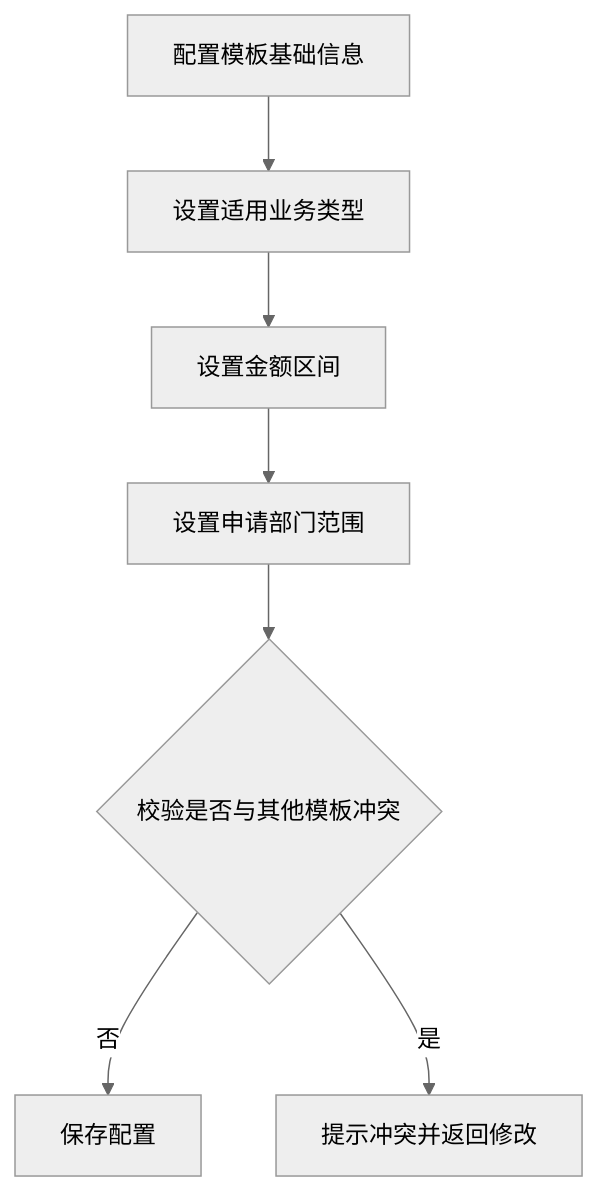
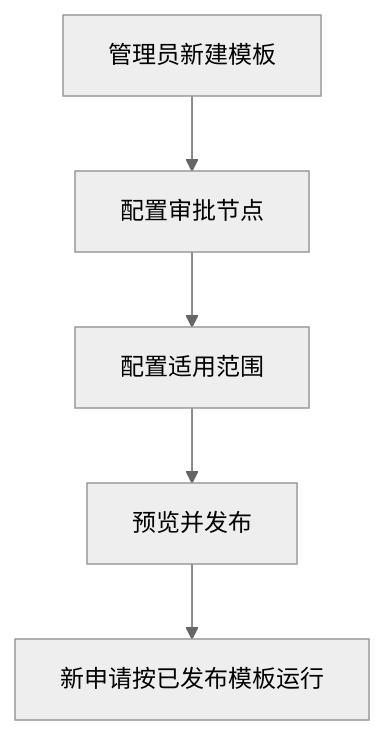
One commit to ZengMC-22381/ToB_PM_Skill changed the second of 2 diagrams in examples/approval-workflow-config-prd.md. Above: the diagram before and after it, drawn with Mermaid (neutral theme). The commit also changed other lines of this file and 8 other files, not shown here.

````diff
--- a/examples/approval-workflow-config-prd.md
+++ b/examples/approval-workflow-config-prd.md
@@ -330,9 +71,7 @@
 ```mermaid
 flowchart TD
-    A[配置模板基础信息] --> B[设置适用业务类型]
-    B --> C[设置金额区间]
-    C --> D[设置申请部门范围]
-    D --> E{校验是否与其他模板冲突}
-    E -- 否 --> F[保存配置]
-    E -- 是 --> G[提示冲突并返回修改]
+    A[管理员新建模板] --> B[配置审批节点]
+    B --> C[配置适用范围]
+    C --> D[预览并发布]
+    D --> E[新申请按已发布模板运行]
 ```
````
